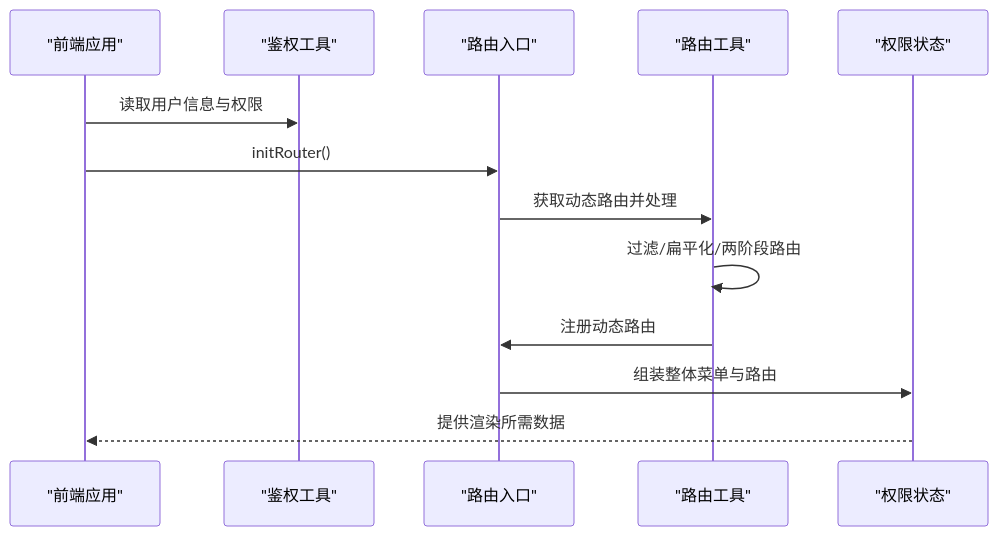
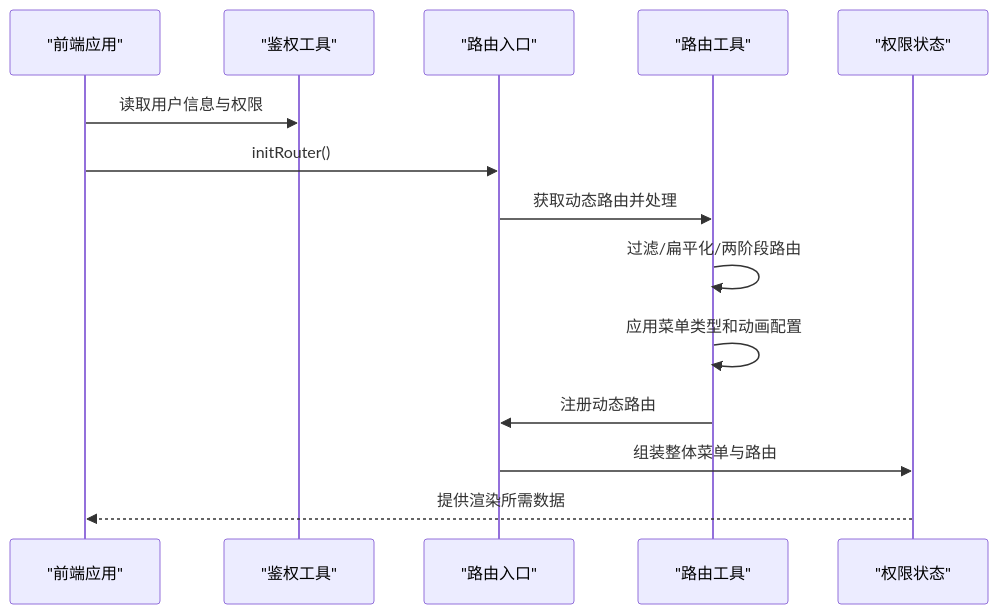
One commit to taoweidong/Hello-FastApi changed the sixth of 10 diagrams in .qoder/repowiki/zh/content/项目概述/核心特性/动态菜单生成.md. Above: the diagram before and after it, drawn with Mermaid. The commit also changed other lines of this file and 11 other files, not shown here.

````diff
--- a/.qoder/repowiki/zh/content/项目概述/核心特性/动态菜单生成.md
+++ b/.qoder/repowiki/zh/content/项目概述/核心特性/动态菜单生成.md
@@ -258,15 +297,16 @@
 ```mermaid
 sequenceDiagram
 participant FE as "前端应用"
 participant AUTH as "鉴权工具"
 participant ROUTER as "路由入口"
 participant UTILS as "路由工具"
 participant STORE as "权限状态"
 FE->>AUTH : 读取用户信息与权限
 FE->>ROUTER : initRouter()
 ROUTER->>UTILS : 获取动态路由并处理
 UTILS->>UTILS : 过滤/扁平化/两阶段路由
+UTILS->>UTILS : 应用菜单类型和动画配置
 UTILS->>ROUTER : 注册动态路由
 ROUTER->>STORE : 组装整体菜单与路由
 STORE-->>FE : 提供渲染所需数据
 ```
````
